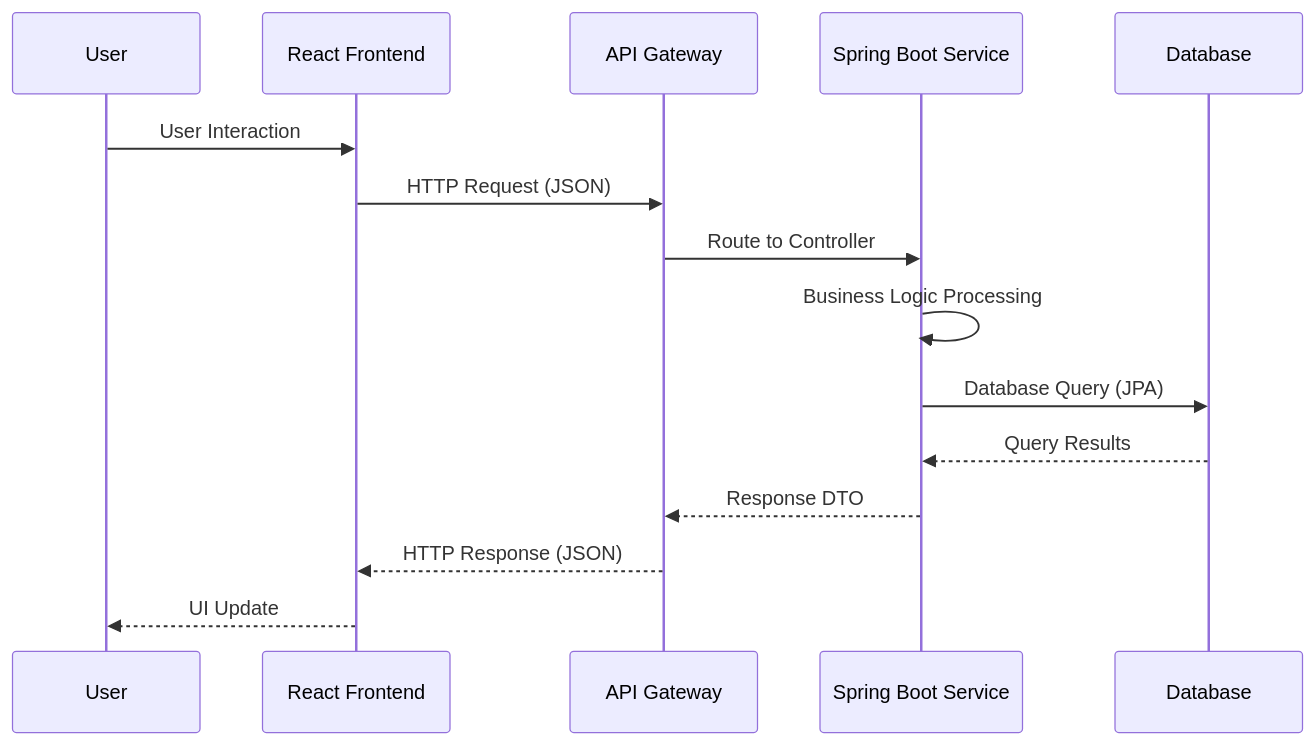
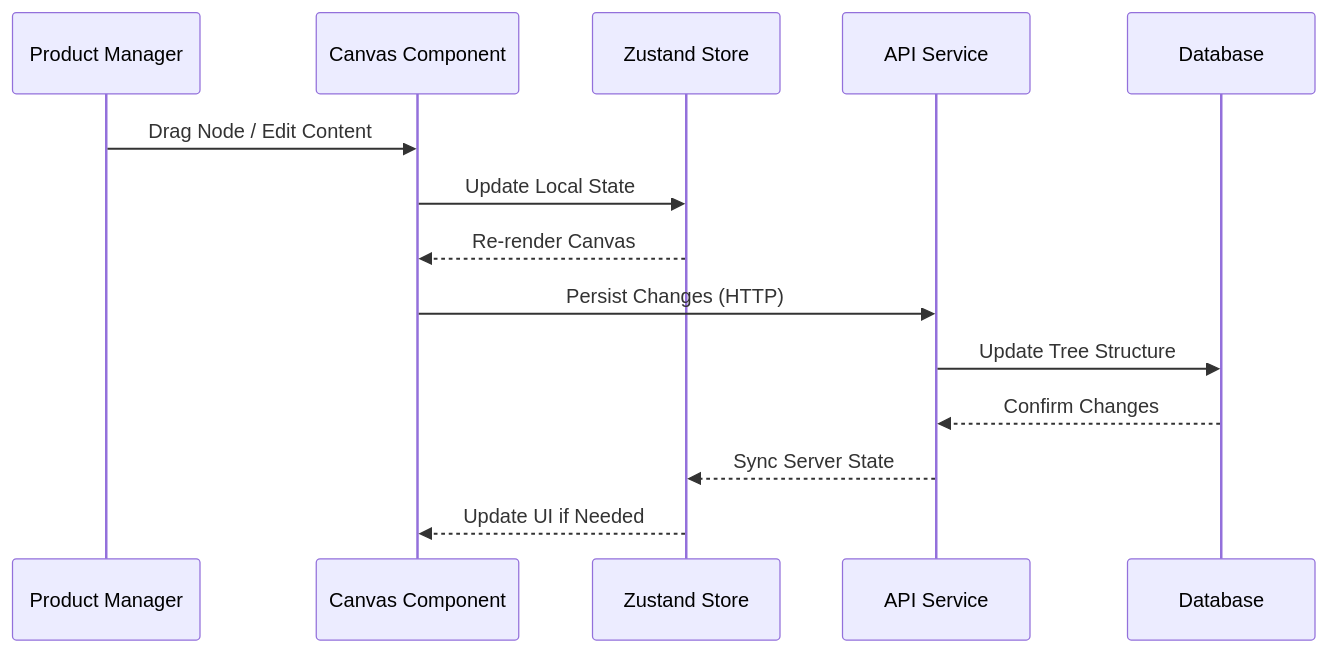
Before and after one commit to catalinviciu/ProductCanvas: the second of 9 diagrams in docs/architecture/System_Architecture_Overview.md, drawn with Mermaid. The commit also changed other lines of this file, not shown here.

First line of the commit message:
Assistant checkpoint: Updated architecture overview with Impact Tree specifics

````diff
--- a/docs/architecture/System_Architecture_Overview.md
+++ b/docs/architecture/System_Architecture_Overview.md
@@ -95,18 +101,17 @@
 ```mermaid
 sequenceDiagram
-    participant U as User
-    participant F as React Frontend
-    participant A as API Gateway
-    participant S as Spring Boot Service
+    participant PM as Product Manager
+    participant C as Canvas Component
+    participant S as Zustand Store
+    participant A as API Service
     participant D as Database
 
-    U->>F: User Interaction
-    F->>A: HTTP Request (JSON)
-    A->>S: Route to Controller
-    S->>S: Business Logic Processing
-    S->>D: Database Query (JPA)
-    D-->>S: Query Results
-    S-->>A: Response DTO
-    A-->>F: HTTP Response (JSON)
-    F-->>U: UI Update
+    PM->>C: Drag Node / Edit Content
+    C->>S: Update Local State
+    S-->>C: Re-render Canvas
+    C->>A: Persist Changes (HTTP)
+    A->>D: Update Tree Structure
+    D-->>A: Confirm Changes
+    A-->>S: Sync Server State
+    S-->>C: Update UI if Needed
 ```
````
